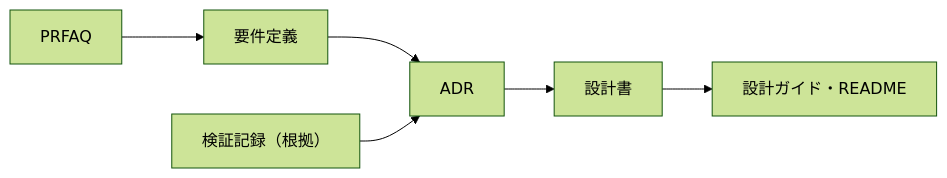
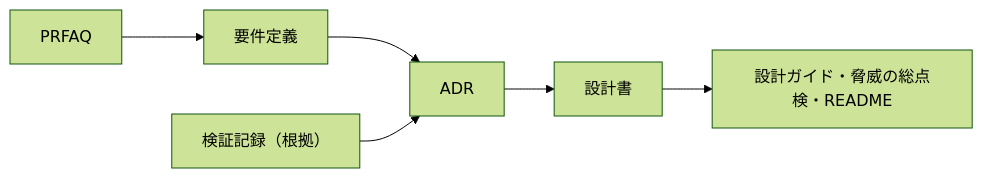
One commit to mahitotsu/gekko_08 changed the diagram in CLAUDE.md. Above: the diagram before and after it, drawn with Mermaid (forest theme). The commit also changed other lines of this file and 3 other files, not shown here.

````diff
--- a/CLAUDE.md
+++ b/CLAUDE.md
@@ -32,5 +33,5 @@
 ```mermaid
 flowchart LR
-  PRFAQ --> Req[要件定義] --> ADR --> Design[設計書] --> Guide[設計ガイド・README]
+  PRFAQ --> Req[要件定義] --> ADR --> Design[設計書] --> Guide[設計ガイド・脅威の総点検・README]
   Exp[検証記録（根拠）] --> ADR
 ```
````
